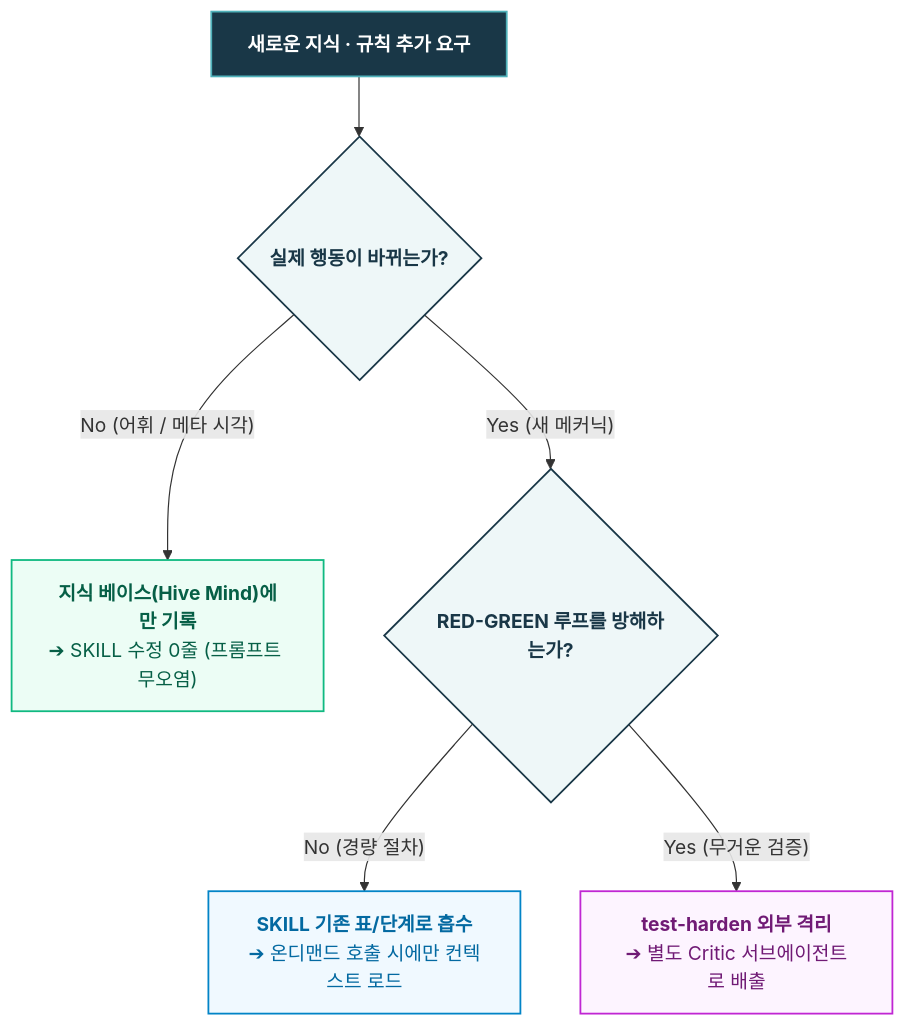
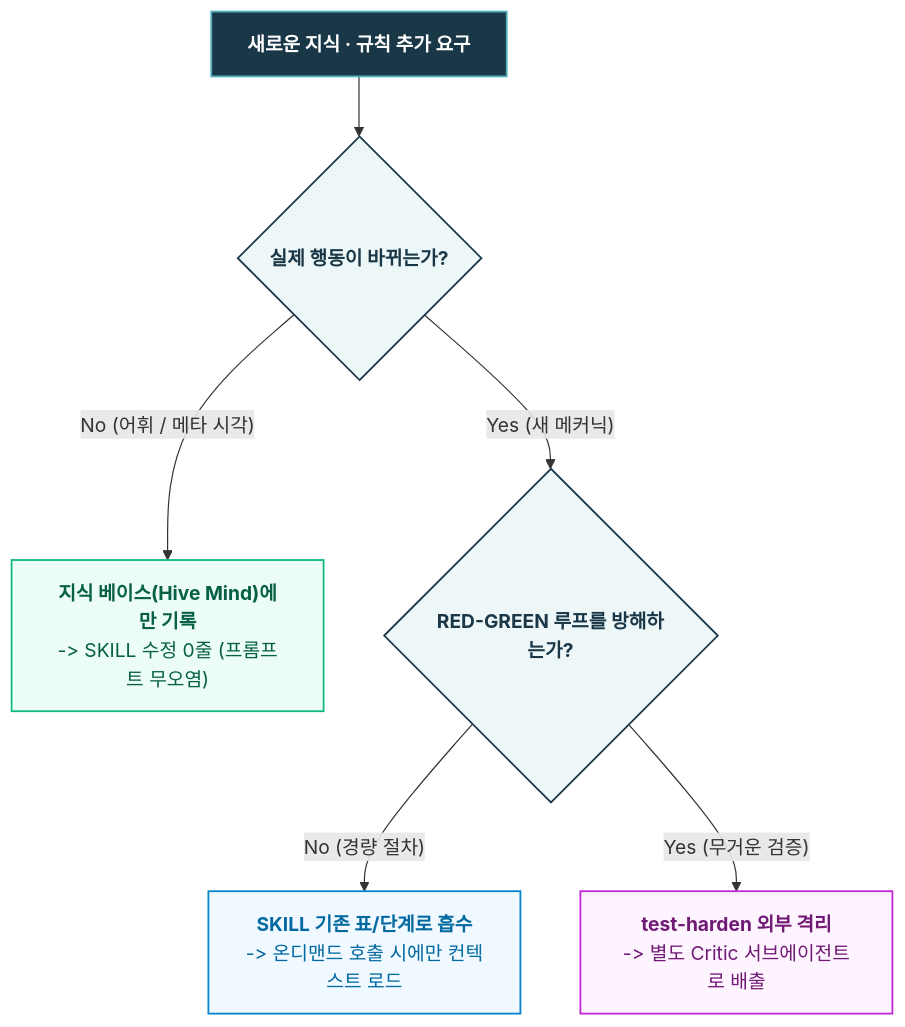
The second of 2 diagrams in _posts/tech/ai-agent-architecture/7 규칙이 64개나 있는데 왜 코드를 못 짜니.md (tomato-vault/tomato-vault.github.io), drawn with Mermaid before and after one commit. The commit also changed other lines of this file and 43 other files, not shown here.

````diff
--- a/_posts/tech/ai-agent-architecture/7 규칙이 64개나 있는데 왜 코드를 못 짜니.md
+++ b/_posts/tech/ai-agent-architecture/7 규칙이 64개나 있는데 왜 코드를 못 짜니.md
@@ -108,17 +71,17 @@
 ```mermaid
 flowchart TD
     classDef trigger fill:#193747,stroke:#4fb1ba,stroke-width:1.5px,color:#fff,font-weight:bold
     classDef gate fill:#eef7f8,stroke:#193747,stroke-width:1.5px,color:#193747,font-weight:bold
     classDef box1 fill:#ecfdf5,stroke:#10b981,stroke-width:1.5px,color:#065f46
     classDef box2 fill:#f0f9ff,stroke:#0284c7,stroke-width:1.5px,color:#0369a1
     classDef box3 fill:#fdf4ff,stroke:#c026d3,stroke-width:1.5px,color:#701a75
 
     REQ["새로운 지식 · 규칙 추가 요구"]:::trigger
     REQ --> G1{"실제 행동이 바뀌는가?"}:::gate
 
-    G1 -->|"No (어휘 / 메타 시각)"| B1["<b>지식 베이스(Hive Mind)에만 기록</b><br/>➔ SKILL 수정 0줄 (프롬프트 무오염)"]:::box1
+    G1 -->|"No (어휘 / 메타 시각)"| B1["<b>지식 베이스(Hive Mind)에만 기록</b><br/>-> SKILL 수정 0줄 (프롬프트 무오염)"]:::box1
     G1 -->|"Yes (새 메커닉)"| G2{"RED-GREEN 루프를 방해하는가?"}:::gate
 
-    G2 -->|"No (경량 절차)"| B2["<b>SKILL 기존 표/단계로 흡수</b><br/>➔ 온디맨드 호출 시에만 컨텍스트 로드"]:::box2
-    G2 -->|"Yes (무거운 검증)"| B3["<b>test-harden 외부 격리</b><br/>➔ 별도 Critic 서브에이전트로 배출"]:::box3
+    G2 -->|"No (경량 절차)"| B2["<b>SKILL 기존 표/단계로 흡수</b><br/>-> 온디맨드 호출 시에만 컨텍스트 로드"]:::box2
+    G2 -->|"Yes (무거운 검증)"| B3["<b>test-harden 외부 격리</b><br/>-> 별도 Critic 서브에이전트로 배출"]:::box3
 ```
````
